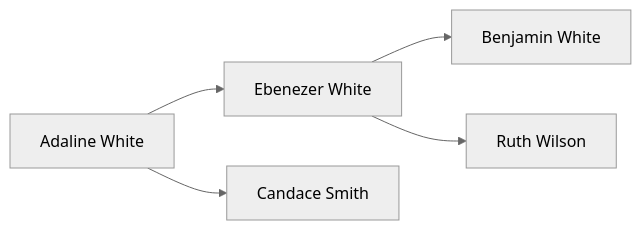
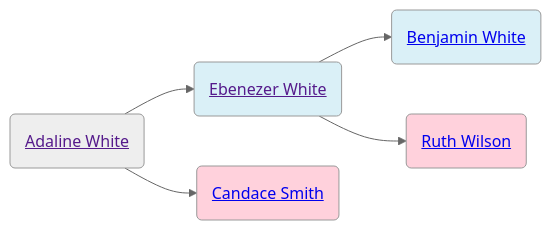
The diagram in familyhistory/sources/people/Merrill-line/White-line/Adaline_White.qmd (neelsmith/avocational), drawn with Mermaid (neutral theme) before and after one commit. The commit also changed 71 other files, not shown here.

````diff
--- a/familyhistory/sources/people/Merrill-line/White-line/Adaline_White.qmd
+++ b/familyhistory/sources/people/Merrill-line/White-line/Adaline_White.qmd
@@ -19,7 +19,15 @@
 ```{mermaid}
 graph LR
-Adaline_White[Adaline White] -->  Ebenezer_White[Ebenezer White]
-Ebenezer_White[Ebenezer White] -->  Benjamin_White[Benjamin White]
-Ebenezer_White[Ebenezer White]  --> Ruth_Wilson[Ruth Wilson]
-Adaline_White[Adaline White]  --> Candace_Smith[Candace Smith]
+Adaline_White(<a href=''>Adaline White</>) -->  Ebenezer_White(<a href='./Ebenezer_White.html'>Ebenezer White</>)
+Ebenezer_White(<a href=''>Ebenezer White</>) -->  Benjamin_White(<a href='./Benjamin_White.html'>Benjamin White</>)
+class Benjamin_White father
+Ebenezer_White(<a href=''>Ebenezer White</>)  --> Ruth_Wilson(<a href='./Wilson-line/Ruth_Wilson.html'>Ruth Wilson</>)
+class Ruth_Wilson mother
+class Ebenezer_White father
+Adaline_White(<a href=''>Adaline White</>)  --> Candace_Smith(<a href='./Candace-Smith-line/Candace_Smith.html'>Candace Smith</>)
+class Candace_Smith mother
+classDef mother fill:#ffd1dc
+classDef father fill:#daf0f7  
+classDef marriage fill:#ffffff
+
 ```
````
